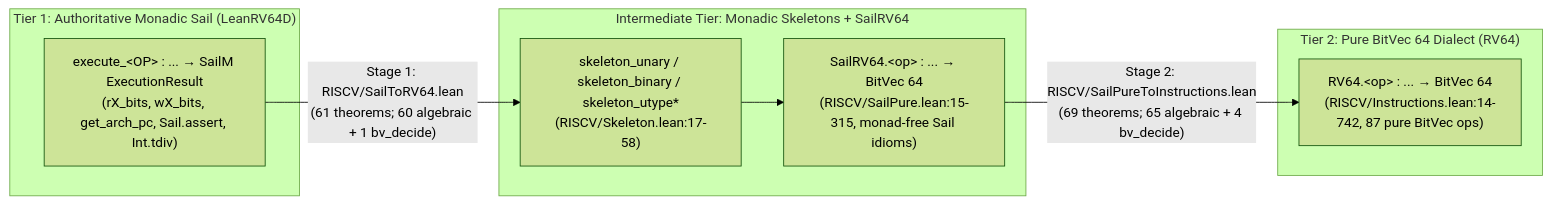
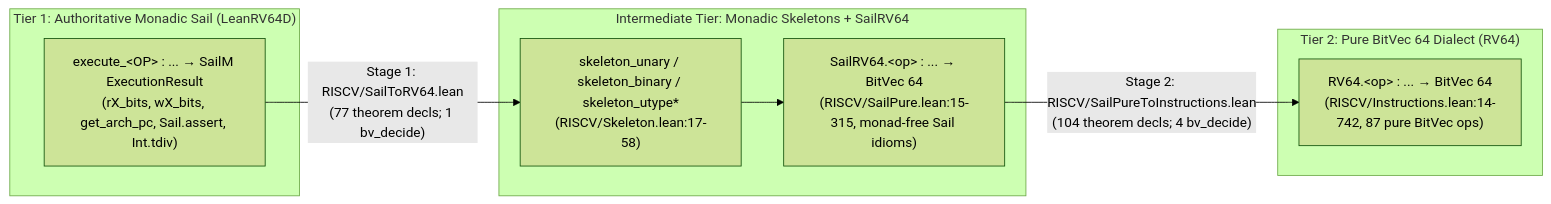
The first of 2 diagrams in reports/opencompl-riscv-lean-lean-mlir-and-ship-your-interpreter-2026/REPORT.md (google/zerocopy), drawn with Mermaid (forest theme) before and after one commit. The commit also changed other lines of this file and 133 other files, not shown here.

````diff
--- a/reports/opencompl-riscv-lean-lean-mlir-and-ship-your-interpreter-2026/REPORT.md
+++ b/reports/opencompl-riscv-lean-lean-mlir-and-ship-your-interpreter-2026/REPORT.md
@@ -40,16 +40,16 @@
 ```mermaid
 flowchart LR
   subgraph Tier1["Tier 1: Authoritative Monadic Sail (LeanRV64D)"]
     E["execute_&lt;OP&gt; : ... &rarr; SailM ExecutionResult<br/>(rX_bits, wX_bits, get_arch_pc, Sail.assert, Int.tdiv)"]
   end
   subgraph Tier15["Intermediate Tier: Monadic Skeletons + SailRV64"]
     S["skeleton_unary / skeleton_binary / skeleton_utype*<br/>(RISCV/Skeleton.lean:17-58)"]
     P["SailRV64.&lt;op&gt; : ... &rarr; BitVec 64<br/>(RISCV/SailPure.lean:15-315, monad-free Sail idioms)"]
     S --> P
   end
   subgraph Tier2["Tier 2: Pure BitVec 64 Dialect (RV64)"]
     I["RV64.&lt;op&gt; : ... &rarr; BitVec 64<br/>(RISCV/Instructions.lean:14-742, 87 pure BitVec ops)"]
   end
-  E -- "Stage 1: RISCV/SailToRV64.lean<br/>(61 theorems; 60 algebraic + 1 bv_decide)" --> S
-  P -- "Stage 2: RISCV/SailPureToInstructions.lean<br/>(69 theorems; 65 algebraic + 4 bv_decide)" --> I
+  E -- "Stage 1: RISCV/SailToRV64.lean<br/>(77 theorem decls; 1 bv_decide)" --> S
+  P -- "Stage 2: RISCV/SailPureToInstructions.lean<br/>(104 theorem decls; 4 bv_decide)" --> I
 ```
````
